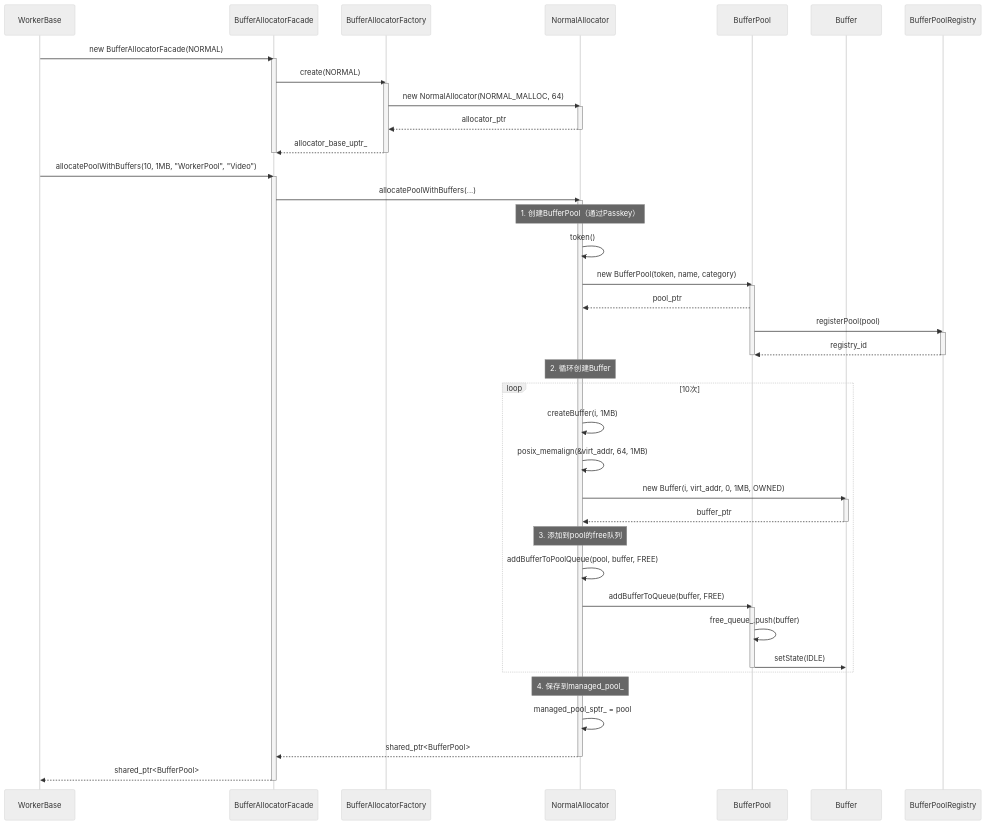
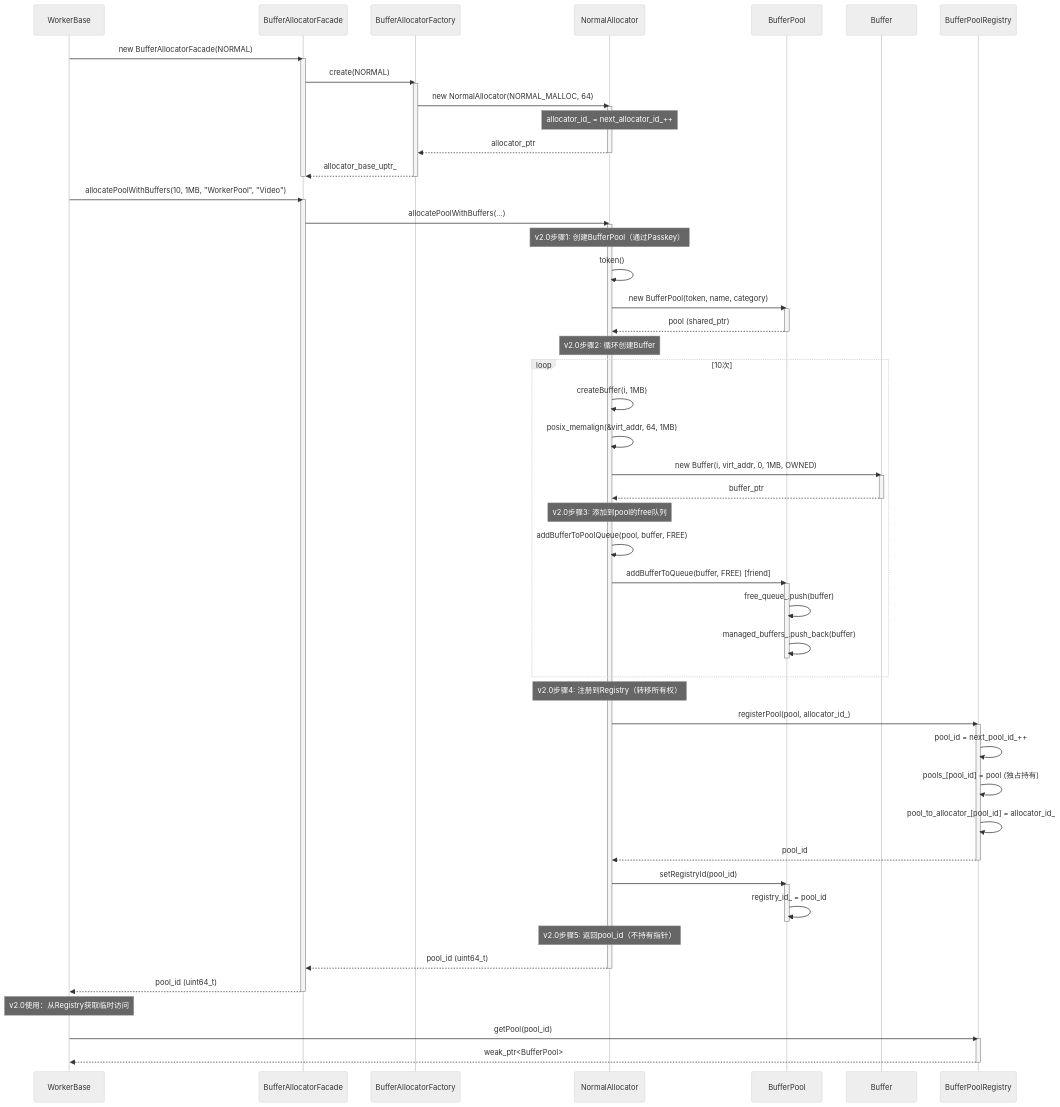
Before and after one commit to luoxiafeng-1990/components: the second of 5 diagrams in include/buffer/allocator/Allocator-subsystem-architecture.md, drawn with Mermaid (neutral theme). The commit also changed other lines of this file and 14 other files, not shown here.

````diff
--- a/include/buffer/allocator/Allocator-subsystem-architecture.md
+++ b/include/buffer/allocator/Allocator-subsystem-architecture.md
@@ -886,64 +1129,79 @@
 ```mermaid
 sequenceDiagram
     participant Worker as WorkerBase
     participant Facade as BufferAllocatorFacade
     participant Factory as BufferAllocatorFactory
     participant Allocator as NormalAllocator
     participant Pool as BufferPool
     participant Buffer as Buffer
     participant Registry as BufferPoolRegistry
     
     Worker->>Facade: new BufferAllocatorFacade(NORMAL)
     activate Facade
     Facade->>Factory: create(NORMAL)
     activate Factory
     Factory->>Allocator: new NormalAllocator(NORMAL_MALLOC, 64)
     activate Allocator
+    Note over Allocator: allocator_id_ = next_allocator_id_++
     Allocator-->>Factory: allocator_ptr
     deactivate Allocator
     Factory-->>Facade: allocator_base_uptr_
     deactivate Factory
     deactivate Facade
     
     Worker->>Facade: allocatePoolWithBuffers(10, 1MB, "WorkerPool", "Video")
     activate Facade
     Facade->>Allocator: allocatePoolWithBuffers(...)
     activate Allocator
     
-    Note over Allocator: 1. 创建BufferPool（通过Passkey）
+    Note over Allocator: v2.0步骤1: 创建BufferPool（通过Passkey）
     Allocator->>Allocator: token()
     Allocator->>Pool: new BufferPool(token, name, category)
     activate Pool
-    Pool-->>Allocator: pool_ptr
-    Pool->>Registry: registerPool(pool)
-    activate Registry
-    Registry-->>Pool: registry_id
-    deactivate Registry
+    Pool-->>Allocator: pool (shared_ptr)
     deactivate Pool
     
-    Note over Allocator: 2. 循环创建Buffer
+    Note over Allocator: v2.0步骤2: 循环创建Buffer
     loop 10次
         Allocator->>Allocator: createBuffer(i, 1MB)
         Allocator->>Allocator: posix_memalign(&virt_addr, 64, 1MB)
         Allocator->>Buffer: new Buffer(i, virt_addr, 0, 1MB, OWNED)
         activate Buffer
         Buffer-->>Allocator: buffer_ptr
         deactivate Buffer
         
-        Note over Allocator: 3. 添加到pool的free队列
+        Note over Allocator: v2.0步骤3: 添加到pool的free队列
         Allocator->>Allocator: addBufferToPoolQueue(pool, buffer, FREE)
-        Allocator->>Pool: addBufferToQueue(buffer, FREE)
+        Allocator->>Pool: addBufferToQueue(buffer, FREE) [friend]
         activate Pool
         Pool->>Pool: free_queue_.push(buffer)
-        Pool->>Buffer: setState(IDLE)
+        Pool->>Pool: managed_buffers_.push_back(buffer)
         deactivate Pool
     end
     
-    Note over Allocator: 4. 保存到managed_pool_
-    Allocator->>Allocator: managed_pool_sptr_ = pool
+    Note over Allocator: v2.0步骤4: 注册到Registry（转移所有权）
+    Allocator->>Registry: registerPool(pool, allocator_id_)
+    activate Registry
+    Registry->>Registry: pool_id = next_pool_id_++
+    Registry->>Registry: pools_[pool_id] = pool (独占持有)
+    Registry->>Registry: pool_to_allocator_[pool_id] = allocator_id_
+    Registry-->>Allocator: pool_id
+    deactivate Registry
     
-    Allocator-->>Facade: shared_ptr<BufferPool>
+    Allocator->>Pool: setRegistryId(pool_id)
+    activate Pool
+    Pool->>Pool: registry_id_ = pool_id
+    deactivate Pool
+    
+    Note over Allocator: v2.0步骤5: 返回pool_id（不持有指针）
+    Allocator-->>Facade: pool_id (uint64_t)
     deactivate Allocator
-    Facade-->>Worker: shared_ptr<BufferPool>
+    Facade-->>Worker: pool_id (uint64_t)
     deactivate Facade
+    
+    Note over Worker: v2.0使用：从Registry获取临时访问
+    Worker->>Registry: getPool(pool_id)
+    activate Registry
+    Registry-->>Worker: weak_ptr<BufferPool>
+    deactivate Registry
 ```
````
